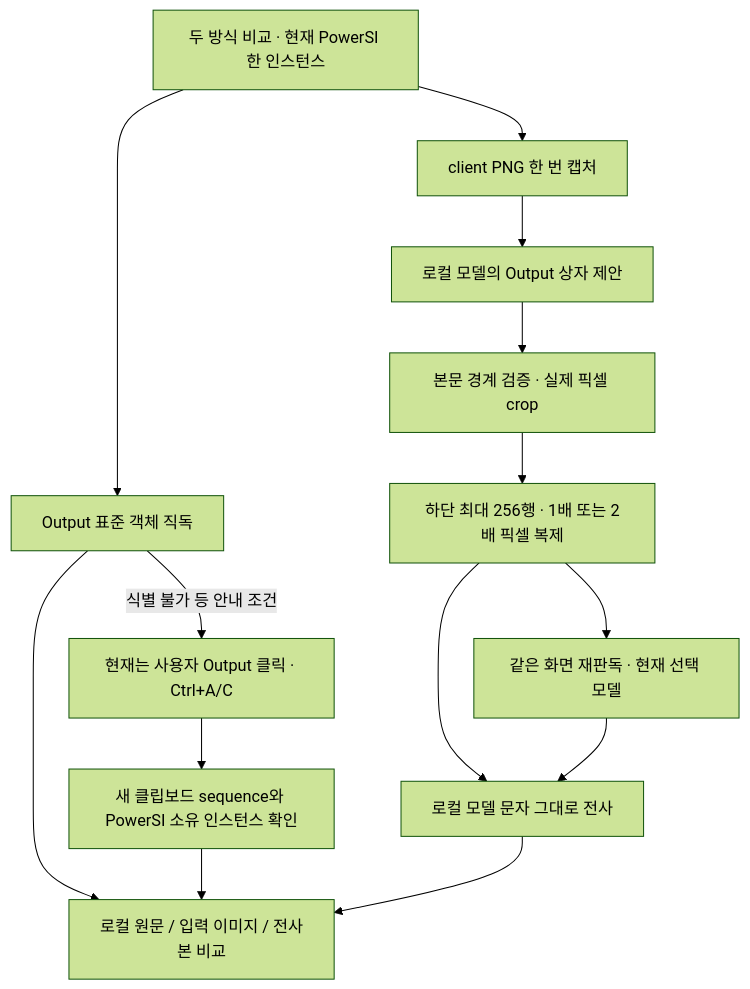
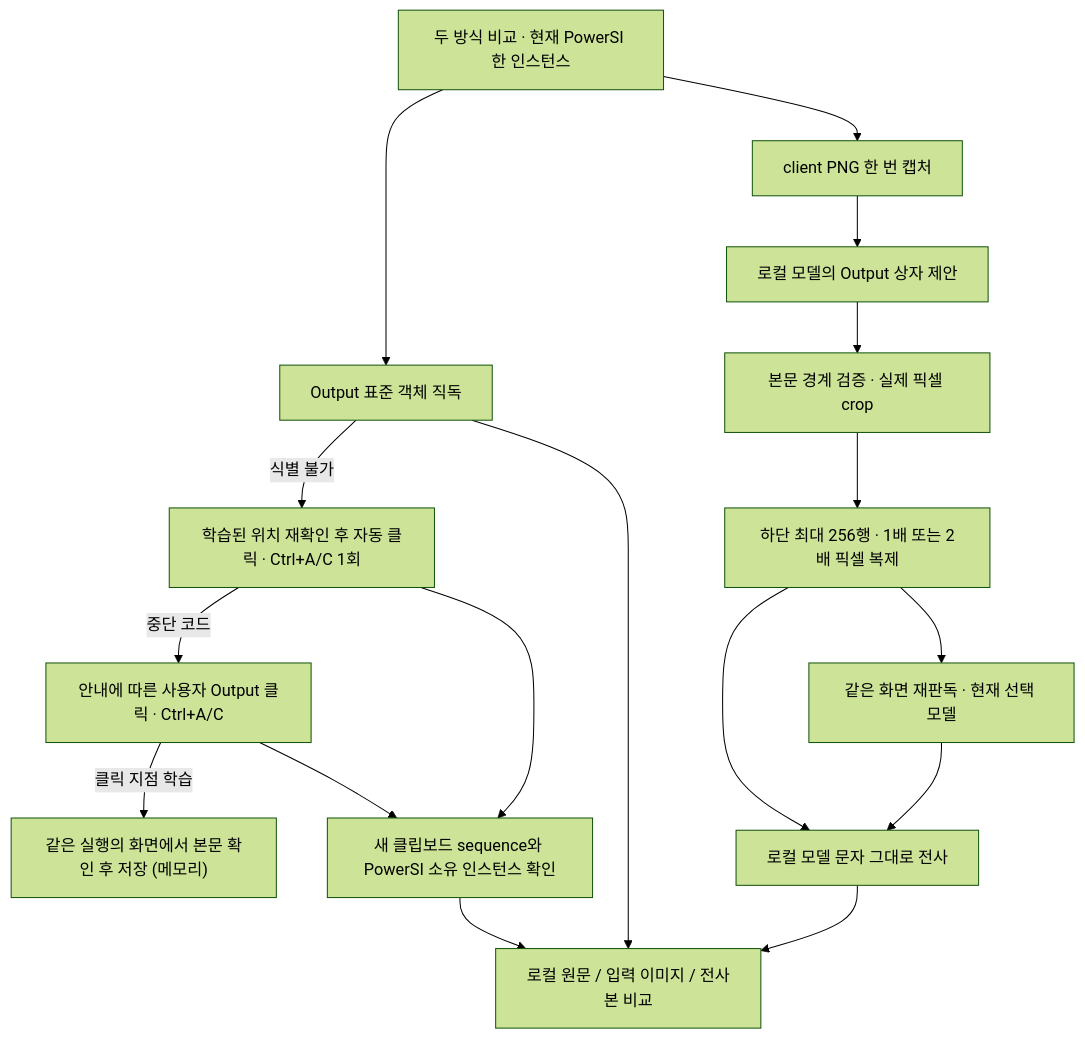
One commit to yunhyok/Remote-Control-App changed the second of 2 diagrams in HANDOFF.md. Above: the diagram before and after it, drawn with Mermaid (forest theme). The commit also changed other lines of this file and 9 other files, not shown here.

First line of the commit message:
Integrate auto copy, anchor learning, comparison and bundle into Slave

````diff
--- a/HANDOFF.md
+++ b/HANDOFF.md
@@ -96,16 +112,19 @@
 ```mermaid
 flowchart TD
     Start["두 방식 비교 · 현재 PowerSI 한 인스턴스"] --> Text["Output 표준 객체 직독"]
-    Text -->|"식별 불가 등 안내 조건"| Copy["현재는 사용자 Output 클릭 · Ctrl+A/C"]
+    Text -->|"식별 불가"| Auto["학습된 위치 재확인 후 자동 클릭 · Ctrl+A/C 1회"]
+    Auto -->|"중단 코드"| Copy["안내에 따른 사용자 Output 클릭 · Ctrl+A/C"]
+    Auto --> Buffer
+    Copy -->|"클릭 지점 학습"| Anchor["같은 실행의 화면에서 본문 확인 후 저장 (메모리)"]
     Copy --> Buffer["새 클립보드 sequence와 PowerSI 소유 인스턴스 확인"]
     Start --> Capture["client PNG 한 번 캡처"]
     Capture --> Locate["로컬 모델의 Output 상자 제안"]
     Locate --> Crop["본문 경계 검증 · 실제 픽셀 crop"]
     Crop --> Input["하단 최대 256행 · 1배 또는 2배 픽셀 복제"]
     Input --> OCR["로컬 모델 문자 그대로 전사"]
     Input --> Replay["같은 화면 재판독 · 현재 선택 모델"]
     Replay --> OCR
     Text --> Compare["로컬 원문 / 입력 이미지 / 전사본 비교"]
     Buffer --> Compare
     OCR --> Compare
 ```
````
